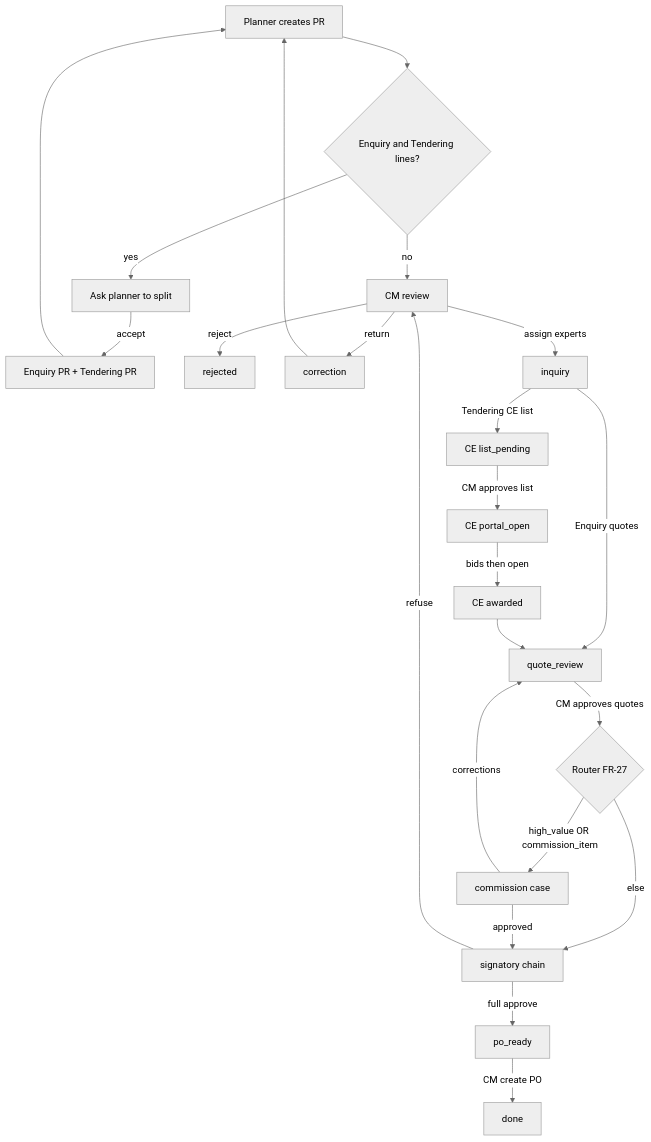
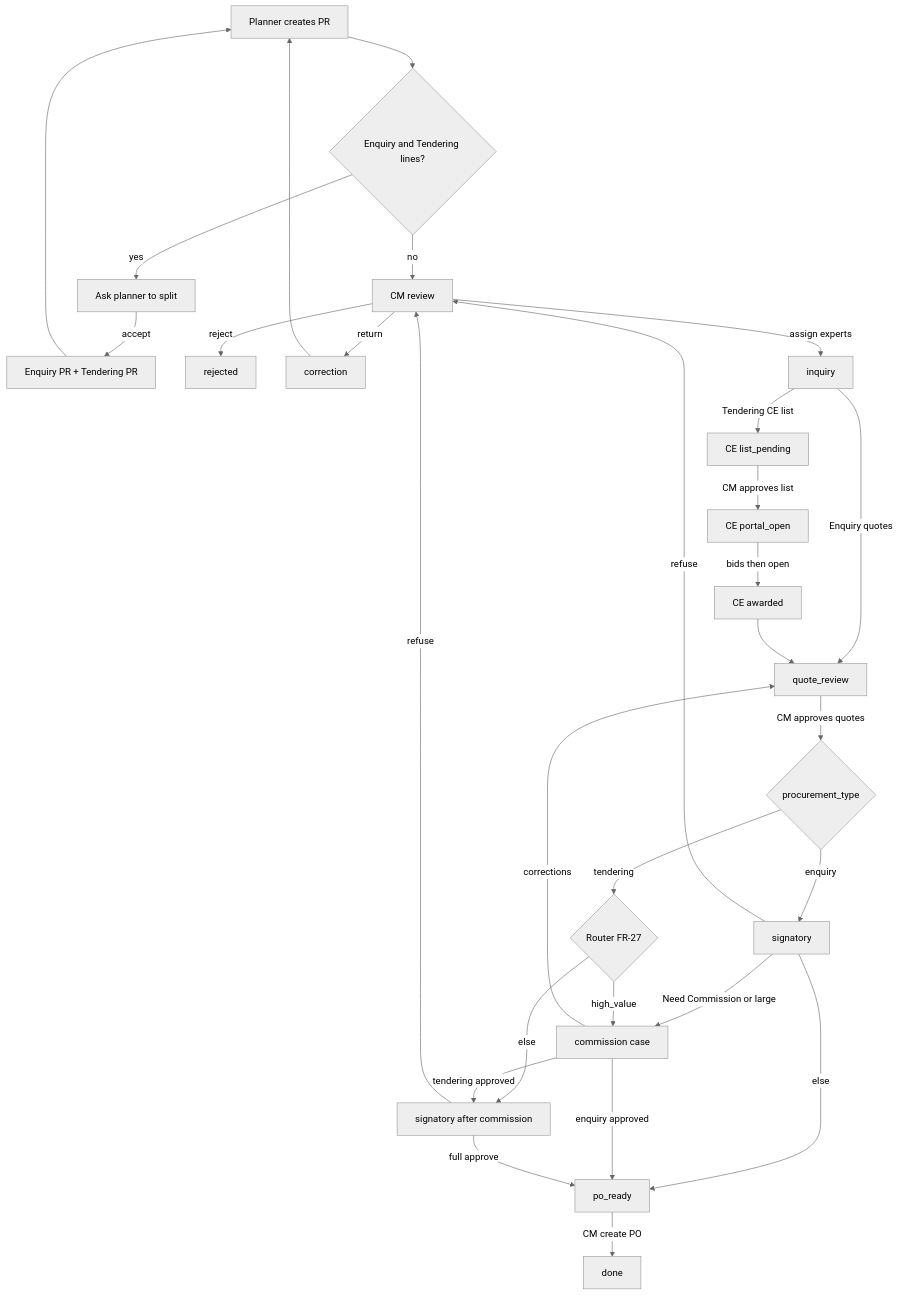
One commit to MohamadAzarifar/odoo-18-mammut changed the second of 2 diagrams in odoo/addons-mammut/zvy_tendering/Architecture.md. Above: the diagram before and after it, drawn with Mermaid (neutral theme). The commit also changed other lines of this file and 14 other files, not shown here.

Commit message:
[tendering]: Inquiry routing invert.

````diff
--- a/odoo/addons-mammut/zvy_tendering/Architecture.md
+++ b/odoo/addons-mammut/zvy_tendering/Architecture.md
@@ -346,26 +347,32 @@
 ```mermaid
 flowchart TD
     PlannerCreate[Planner creates PR]
     PlannerCreate --> Mixed{Enquiry and Tendering lines?}
     Mixed -->|yes| SplitAsk[Ask planner to split]
     SplitAsk -->|accept| TwoPRs[Enquiry PR + Tendering PR]
     TwoPRs --> PlannerCreate
     Mixed -->|no| CMReview[CM review]
     CMReview -->|reject| Rejected[rejected]
     CMReview -->|return| Correction[correction]
     Correction --> PlannerCreate
     CMReview -->|assign experts| Inquiry[inquiry]
     Inquiry -->|Enquiry quotes| QuoteReview[quote_review]
     Inquiry -->|Tendering CE list| CEList[CE list_pending]
     CEList -->|CM approves list| PortalOpen[CE portal_open]
     PortalOpen -->|bids then open| Award[CE awarded]
     Award --> QuoteReview
-    QuoteReview -->|CM approves quotes| Router{Router FR-27}
-    Router -->|high_value OR commission_item| Commission[commission case]
-    Router -->|else| Signatory[signatory chain]
-    Commission -->|approved| Signatory
+    QuoteReview -->|CM approves quotes| Kind{procurement_type}
+    Kind -->|enquiry| SignInquiry[signatory]
+    SignInquiry -->|Need Commission or large| Commission[commission case]
+    SignInquiry -->|else| PoReady[po_ready]
+    Commission -->|enquiry approved| PoReady
+    Kind -->|tendering| Router{Router FR-27}
+    Router -->|high_value| Commission
+    Router -->|else| SignTender[signatory after commission]
+    Commission -->|tendering approved| SignTender
     Commission -->|corrections| QuoteReview
-    Signatory -->|full approve| PoReady[po_ready]
-    Signatory -->|refuse| CMReview
+    SignTender -->|full approve| PoReady
+    SignInquiry -->|refuse| CMReview
+    SignTender -->|refuse| CMReview
     PoReady -->|CM create PO| Done[done]
 ```
````
